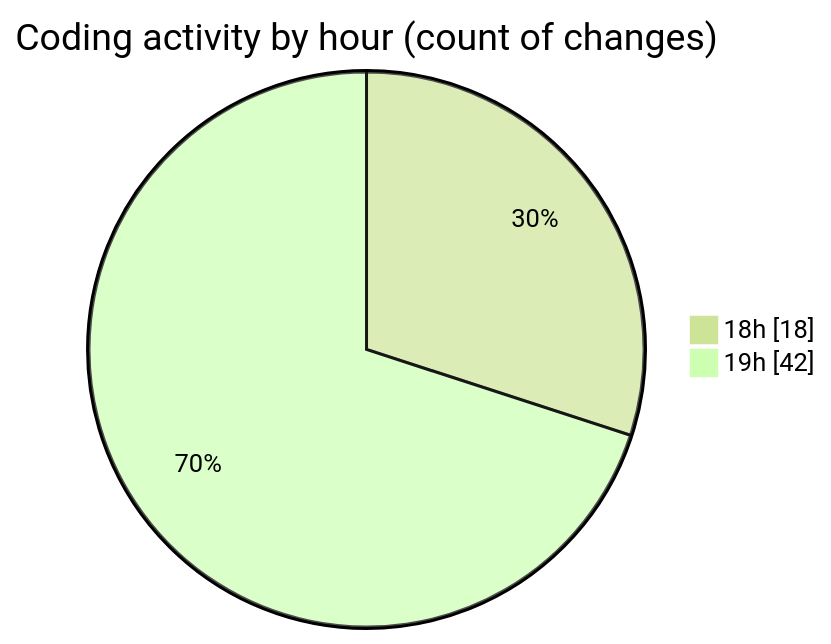
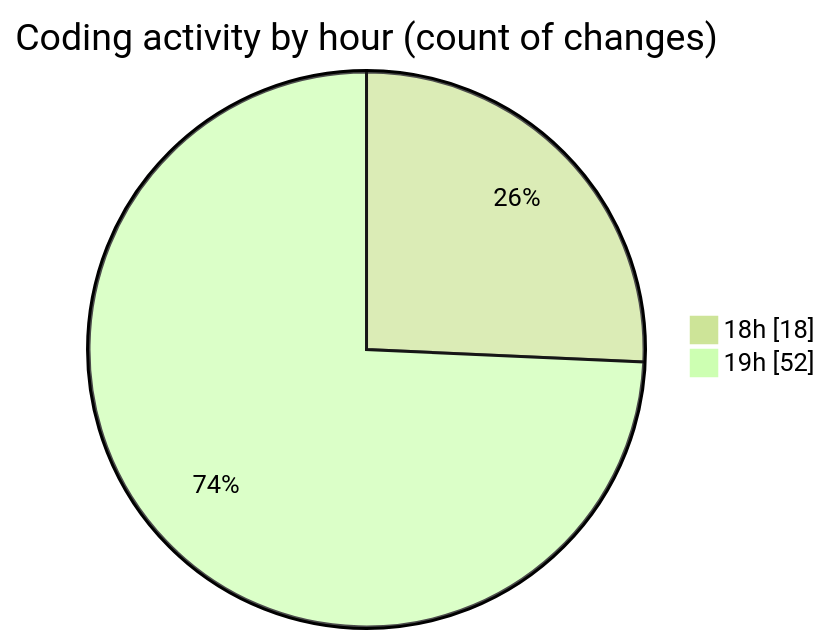
Before and after one commit to ernivani/code-tracking: the second of 2 diagrams in 2025-01-03/my-code-activity-ext/README.md, drawn with Mermaid (forest theme). The commit also changed other lines of this file and 6 other files, not shown here.

````diff
--- a/2025-01-03/my-code-activity-ext/README.md
+++ b/2025-01-03/my-code-activity-ext/README.md
@@ -44,6 +45,6 @@
 ```mermaid
 pie showData
 title Coding activity by hour (count of changes)
 "18h" : 18
-"19h" : 42
+"19h" : 52
 ```
````
